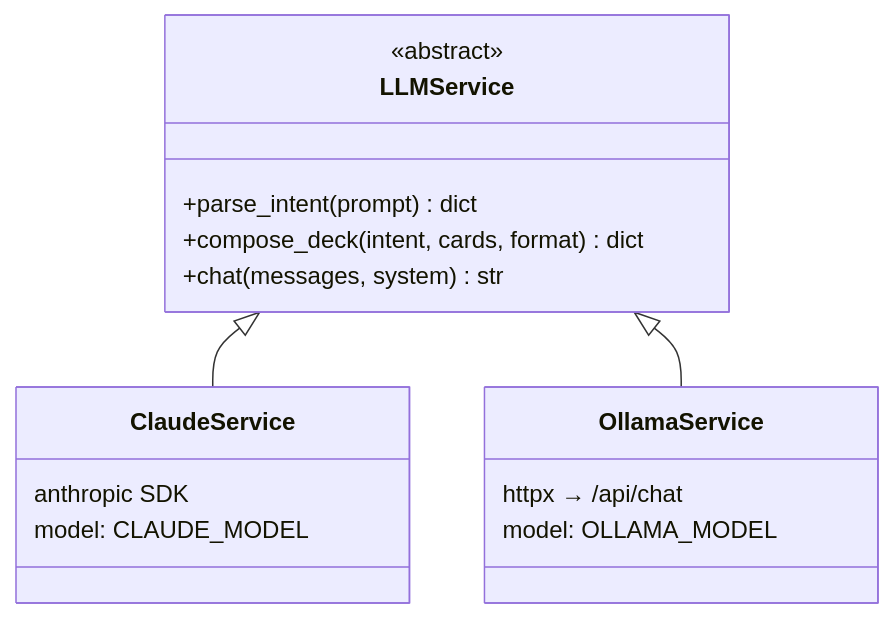
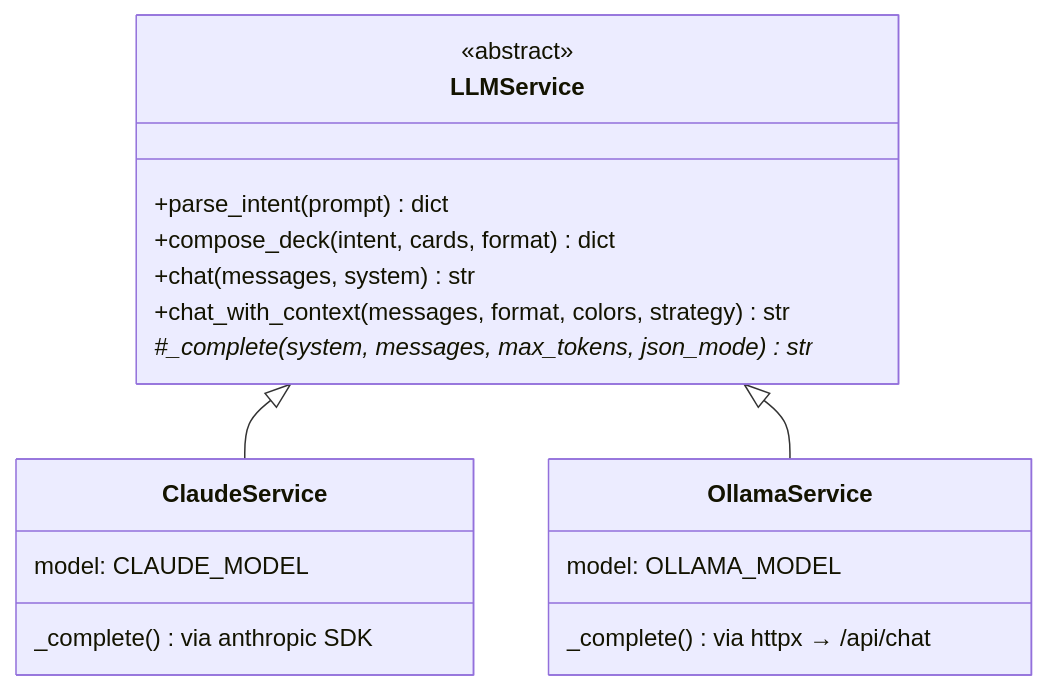
Before and after one commit to RobertGleison/magic-grimoire: the fourth of 5 diagrams in apps/api-server/README.md, drawn with Mermaid. The commit also changed other lines of this file, not shown here.

First line of the commit message:
docs: sync api-server README with pipeline refactor and rate-limit removal

````diff
--- a/apps/api-server/README.md
+++ b/apps/api-server/README.md
@@ -254,19 +253,21 @@
 ```mermaid
 classDiagram
     class LLMService {
         <<abstract>>
         +parse_intent(prompt) dict
         +compose_deck(intent, cards, format) dict
         +chat(messages, system) str
+        +chat_with_context(messages, format, colors, strategy) str
+        #_complete(system, messages, max_tokens, json_mode)* str
     }
     class ClaudeService {
-        anthropic SDK
+        _complete() via anthropic SDK
         model: CLAUDE_MODEL
     }
     class OllamaService {
-        httpx → /api/chat
+        _complete() via httpx → /api/chat
         model: OLLAMA_MODEL
     }
     LLMService <|-- ClaudeService
     LLMService <|-- OllamaService
 ```
````
